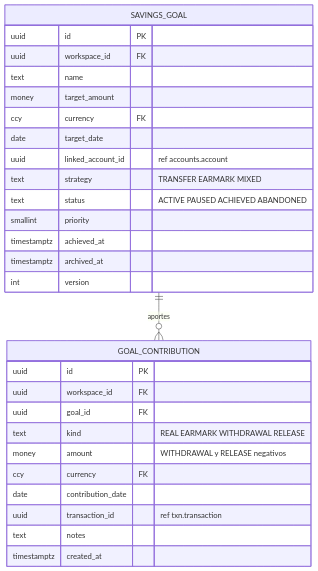
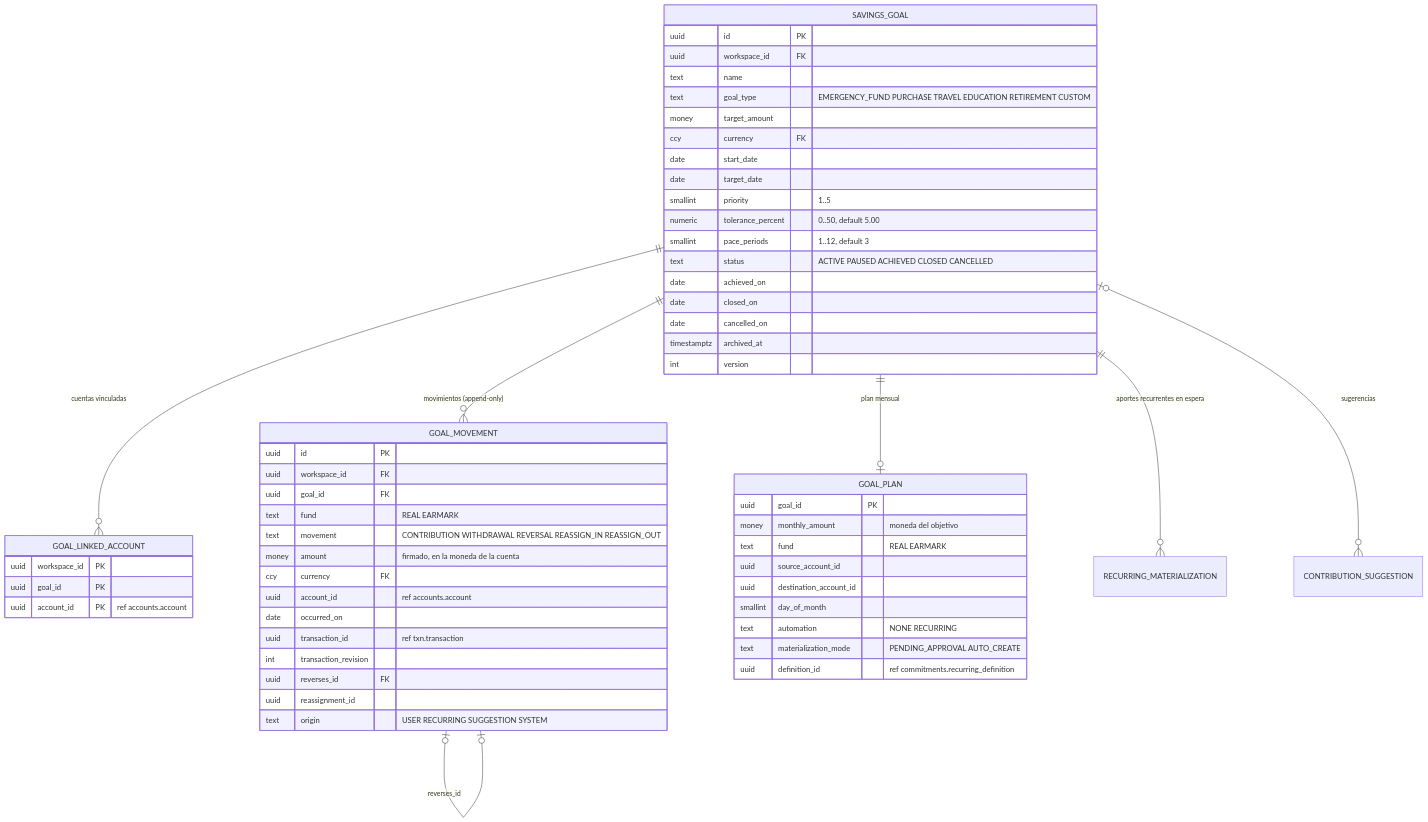
Before and after one commit to manuXD270516/personal-finances: diagram 11 of 22 in docs/08-data-model.md, drawn with Mermaid. The commit also changed other lines of this file and 254 other files, not shown here.

First line of the commit message:
feat(goals): metas de ahorro con aportes reales y reservas (add-savings-goals)

````diff
--- a/docs/08-data-model.md
+++ b/docs/08-data-model.md
@@ -1043,31 +1043,60 @@
 ```mermaid
 erDiagram
-  SAVINGS_GOAL ||--o{ GOAL_CONTRIBUTION : "aportes"
+  SAVINGS_GOAL ||--o{ GOAL_LINKED_ACCOUNT : "cuentas vinculadas"
+  SAVINGS_GOAL ||--o{ GOAL_MOVEMENT : "movimientos (append-only)"
+  SAVINGS_GOAL ||--o| GOAL_PLAN : "plan mensual"
+  SAVINGS_GOAL ||--o{ RECURRING_MATERIALIZATION : "aportes recurrentes en espera"
+  SAVINGS_GOAL |o--o{ CONTRIBUTION_SUGGESTION : "sugerencias"
+  GOAL_MOVEMENT |o--o| GOAL_MOVEMENT : "reverses_id"
   SAVINGS_GOAL {
     uuid id PK
     uuid workspace_id FK
     text name
+    text goal_type "EMERGENCY_FUND PURCHASE TRAVEL EDUCATION RETIREMENT CUSTOM"
     money target_amount
     ccy currency FK
+    date start_date
     date target_date
-    uuid linked_account_id "ref accounts.account"
-    text strategy "TRANSFER EARMARK MIXED"
-    text status "ACTIVE PAUSED ACHIEVED ABANDONED"
-    smallint priority
-    timestamptz achieved_at
+    smallint priority "1..5"
+    numeric tolerance_percent "0..50, default 5.00"
+    smallint pace_periods "1..12, default 3"
+    text status "ACTIVE PAUSED ACHIEVED CLOSED CANCELLED"
+    date achieved_on
+    date closed_on
+    date cancelled_on
     timestamptz archived_at
     int version
   }
-  GOAL_CONTRIBUTION {
+  GOAL_LINKED_ACCOUNT {
+    uuid workspace_id PK
+    uuid goal_id PK
+    uuid account_id PK "ref accounts.account"
+  }
+  GOAL_MOVEMENT {
     uuid id PK
     uuid workspace_id FK
     uuid goal_id FK
-    text kind "REAL EARMARK WITHDRAWAL RELEASE"
-    money amount "WITHDRAWAL y RELEASE negativos"
+    text fund "REAL EARMARK"
+    text movement "CONTRIBUTION WITHDRAWAL REVERSAL REASSIGN_IN REASSIGN_OUT"
+    money amount "firmado, en la moneda de la cuenta"
     ccy currency FK
-    date contribution_date
+    uuid account_id "ref accounts.account"
+    date occurred_on
     uuid transaction_id "ref txn.transaction"
-    text notes
-    timestamptz created_at
+    int transaction_revision
+    uuid reverses_id FK
+    uuid reassignment_id
+    text origin "USER RECURRING SUGGESTION SYSTEM"
+  }
+  GOAL_PLAN {
+    uuid goal_id PK
+    money monthly_amount "moneda del objetivo"
+    text fund "REAL EARMARK"
+    uuid source_account_id
+    uuid destination_account_id
+    smallint day_of_month
+    text automation "NONE RECURRING"
+    text materialization_mode "PENDING_APPROVAL AUTO_CREATE"
+    uuid definition_id "ref commitments.recurring_definition"
   }
 ```
````
